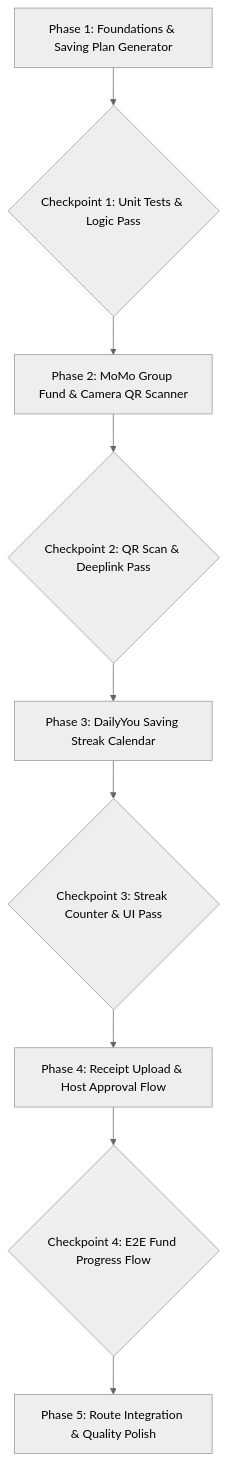
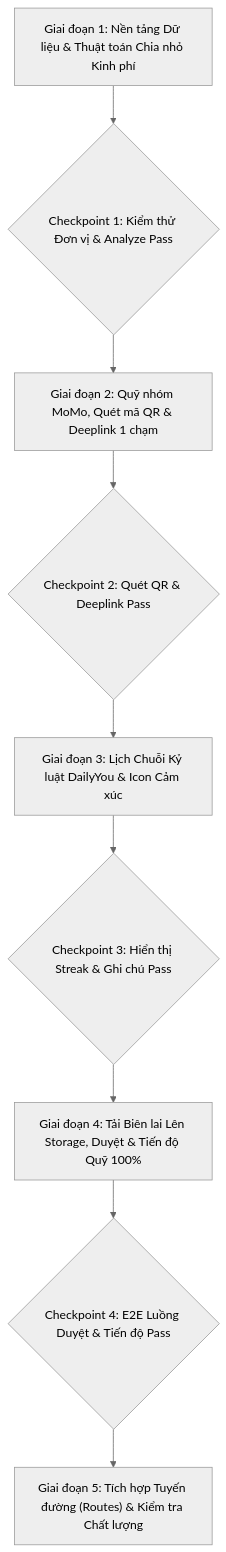
Before and after one commit to dinhan125/project-ptuddd: the diagram in nhom08-65ktpm/src/lib/features/saving_discipline_and_momo/docs/PLAN.md, drawn with Mermaid (neutral theme). The commit also changed other lines of this file and 12 other files, not shown here.

Commit message:
feat(nhom08-65ktpm): implement saving models, calculator algorithm, repository and saving plan screen (phase 1)

````diff
--- a/nhom08-65ktpm/src/lib/features/saving_discipline_and_momo/docs/PLAN.md
+++ b/nhom08-65ktpm/src/lib/features/saving_discipline_and_momo/docs/PLAN.md
@@ -12,11 +13,11 @@
 ```mermaid
 flowchart TD
-    P1["Phase 1: Foundations & Saving Plan Generator"] --> C1{"Checkpoint 1: Unit Tests & Logic Pass"}
-    C1 --> P2["Phase 2: MoMo Group Fund & Camera QR Scanner"]
-    P2 --> C2{"Checkpoint 2: QR Scan & Deeplink Pass"}
-    C2 --> P3["Phase 3: DailyYou Saving Streak Calendar"]
-    P3 --> C3{"Checkpoint 3: Streak Counter & UI Pass"}
-    C3 --> P4["Phase 4: Receipt Upload & Host Approval Flow"]
-    P4 --> C4{"Checkpoint 4: E2E Fund Progress Flow"}
-    C4 --> P5["Phase 5: Route Integration & Quality Polish"]
+    P1["Giai đoạn 1: Nền tảng Dữ liệu & Thuật toán Chia nhỏ Kinh phí"] --> C1{"Checkpoint 1: Kiểm thử Đơn vị & Analyze Pass"}
+    C1 --> P2["Giai đoạn 2: Quỹ nhóm MoMo, Quét mã QR & Deeplink 1 chạm"]
+    P2 --> C2{"Checkpoint 2: Quét QR & Deeplink Pass"}
+    C2 --> P3["Giai đoạn 3: Lịch Chuỗi Kỷ luật DailyYou & Icon Cảm xúc"]
+    P3 --> C3{"Checkpoint 3: Hiển thị Streak & Ghi chú Pass"}
+    C3 --> P4["Giai đoạn 4: Tải Biên lai Lên Storage, Duyệt & Tiến độ Quỹ 100%"]
+    P4 --> C4{"Checkpoint 4: E2E Luồng Duyệt & Tiến độ Pass"}
+    C4 --> P5["Giai đoạn 5: Tích hợp Tuyến đường (Routes) & Kiểm tra Chất lượng"]
 ```
````
